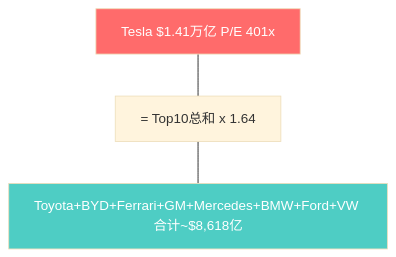
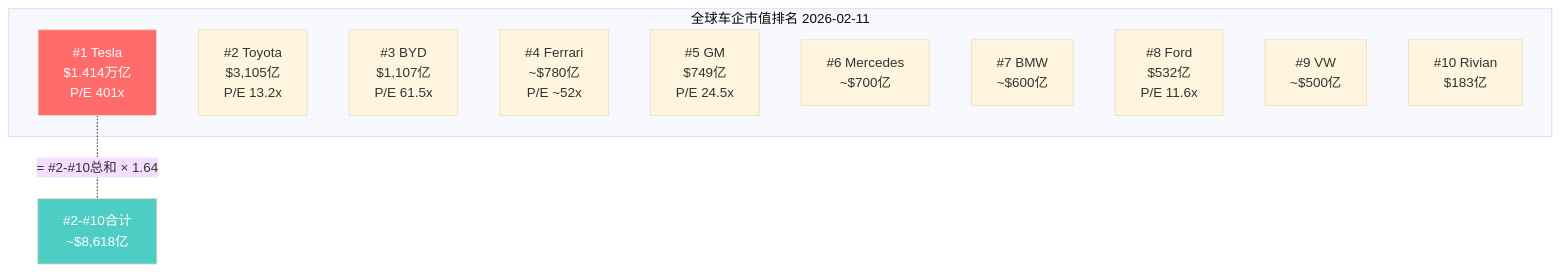
Diagram 11 of 14 in reports/TSLA/staging/moduleC_competition.md (miltonnewyork25-afk/investment-master), drawn with Mermaid (base theme) before and after one commit. The commit also changed other lines of this file and 6 other files, not shown here.

````diff
--- a/reports/TSLA/staging/moduleC_competition.md
+++ b/reports/TSLA/staging/moduleC_competition.md
@@ -187,7 +402,18 @@
 ```mermaid
 graph TD
-    TSLA["Tesla $1.41万亿 P/E 401x"] --- TOP["= Top10总和 x 1.64"]
-    TOP --- REST["Toyota+BYD+Ferrari+GM+Mercedes+BMW+Ford+VW 合计~$8,618亿"]
-    style TSLA fill:#ff6b6b,color:#fff
-    style REST fill:#4ecdc4,color:#fff
+    subgraph Scale["全球车企市值排名 2026-02-11"]
+        TSLA_V["#1 Tesla<br/>$1.414万亿<br/>P/E 401x"]
+        TM_V["#2 Toyota<br/>$3,105亿<br/>P/E 13.2x"]
+        BYD_V["#3 BYD<br/>$1,107亿<br/>P/E 61.5x"]
+        RACE["#4 Ferrari<br/>~$780亿<br/>P/E ~52x"]
+        GM_V["#5 GM<br/>$749亿<br/>P/E 24.5x"]
+        MBG["#6 Mercedes<br/>~$700亿"]
+        BMW_V["#7 BMW<br/>~$600亿"]
+        F_V["#8 Ford<br/>$532亿<br/>P/E 11.6x"]
+        VW_V["#9 VW<br/>~$500亿"]
+        RIVN_V["#10 Rivian<br/>$183亿"]
+    end
+    TSLA_V -.- |"= #2-#10总和 × 1.64"| SUM["#2-#10合计<br/>~$8,618亿"]
+    style TSLA_V fill:#ff6b6b,color:#fff
+    style SUM fill:#4ecdc4,color:#fff
 ```
````
